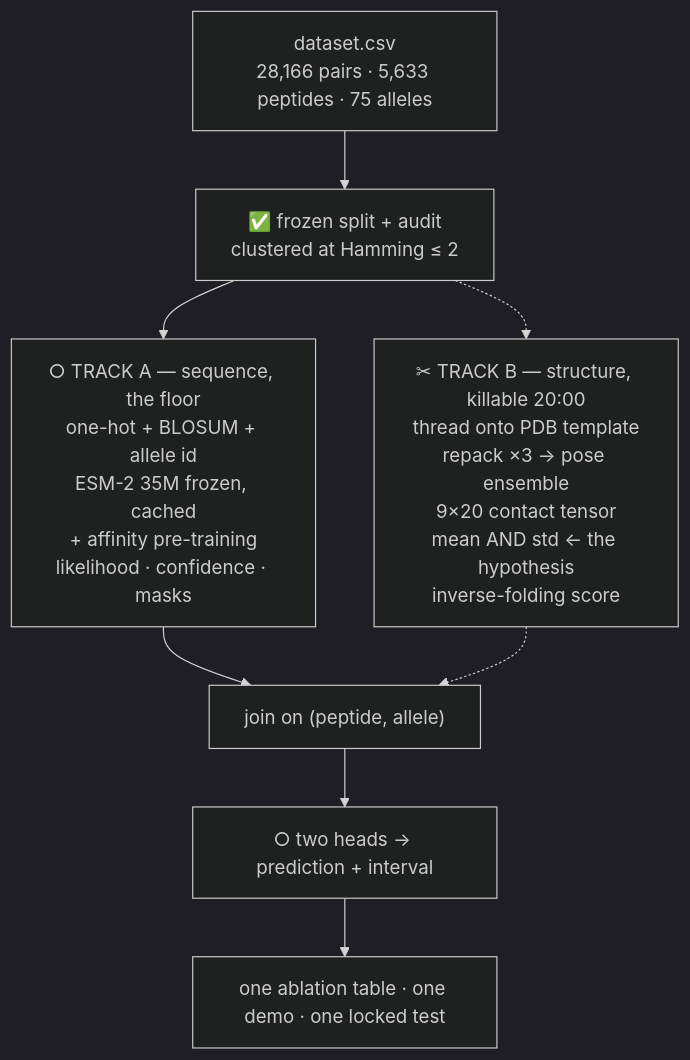
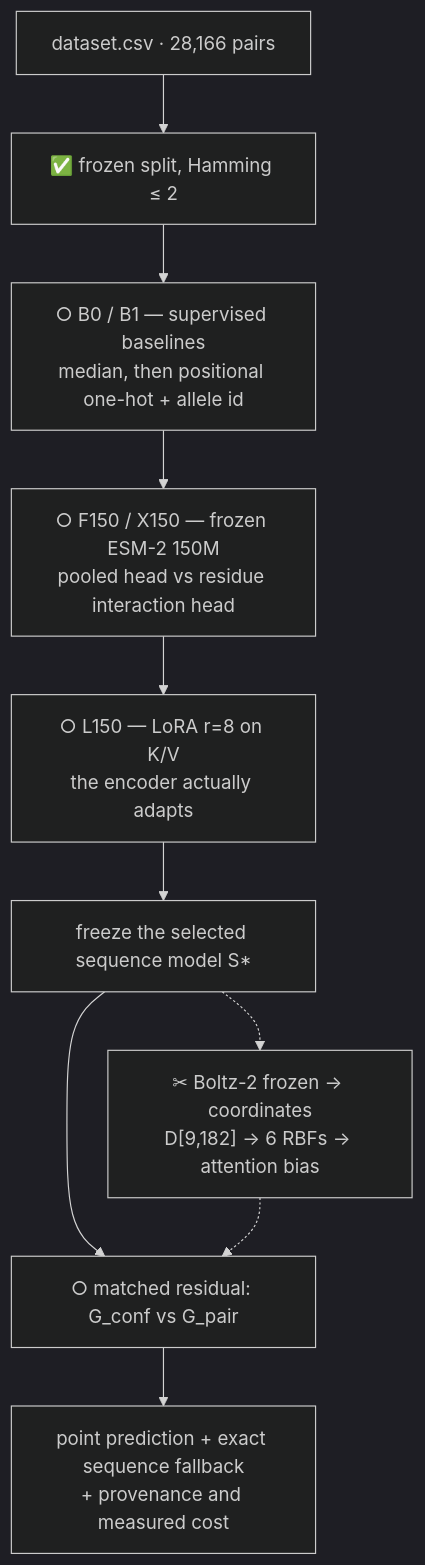
The first of 2 diagrams in ARCHITECTURE.md (aswin-giridhar/london-ai-science-hackathon), drawn with Mermaid (dark theme) before and after one commit. The commit also changed other lines of this file and 12 other files, not shown here.

````diff
--- a/ARCHITECTURE.md
+++ b/ARCHITECTURE.md
@@ -14,18 +16,17 @@
 ```mermaid
 flowchart TD
-    D["dataset.csv<br/>28,166 pairs · 5,633 peptides · 75 alleles"]
-    S["✅ frozen split + audit<br/>clustered at Hamming ≤ 2"]
-    A["○ TRACK A — sequence, the floor<br/>one-hot + BLOSUM + allele id<br/>ESM-2 35M frozen, cached<br/>+ affinity pre-training<br/>likelihood · confidence · masks"]
-    B["✂ TRACK B — structure, killable 20:00<br/>thread onto PDB template<br/>repack ×3 → pose ensemble<br/>9×20 contact tensor<br/>mean AND std ← the hypothesis<br/>inverse-folding score"]
-    J["join on (peptide, allele)"]
-    H["○ two heads → prediction + interval"]
-    E["one ablation table · one demo · one locked test"]
+    D["dataset.csv · 28,166 pairs"]
+    S["✅ frozen split, Hamming ≤ 2"]
+    B["○ B0 / B1 — supervised baselines<br/>median, then positional one-hot + allele id"]
+    X["○ F150 / X150 — frozen ESM-2 150M<br/>pooled head vs residue interaction head"]
+    L["○ L150 — LoRA r=8 on K/V<br/>the encoder actually adapts"]
+    FR["freeze the selected sequence model S*"]
+    G["✂ Boltz-2 frozen → coordinates<br/>D[9,182] → 6 RBFs → attention bias"]
+    R["○ matched residual: G_conf vs G_pair"]
+    O["point prediction + exact sequence fallback<br/>+ provenance and measured cost"]
 
-    D --> S
-    S --> A
-    S -.-> B
-    A --> J
-    B -.-> J
-    J --> H
-    H --> E
+    D --> S --> B --> X --> L --> FR
+    FR --> R
+    FR -.-> G -.-> R
+    R --> O
 ```
````
